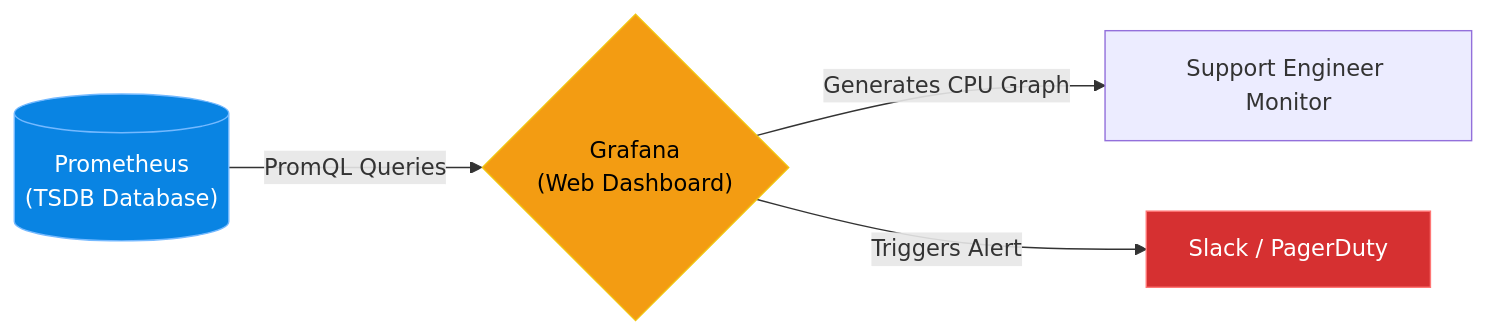
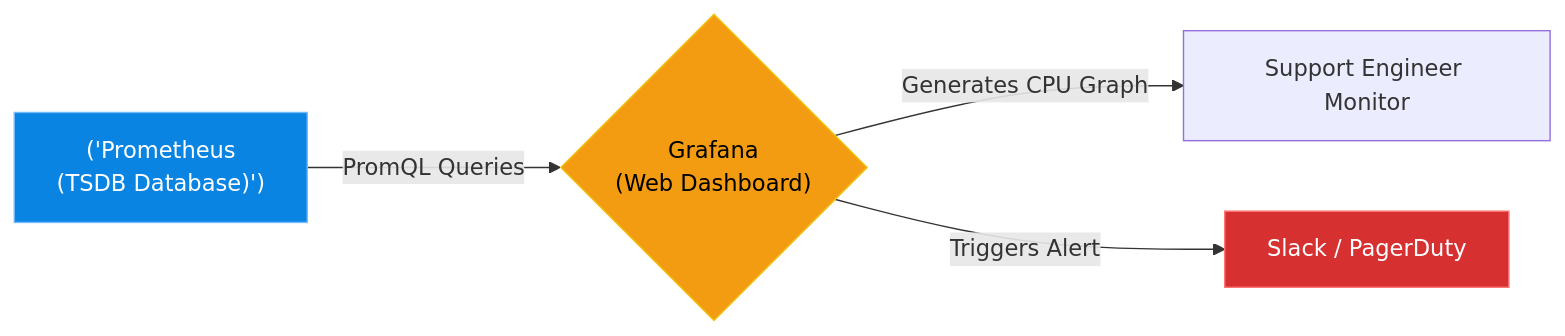
Before and after one commit to laxya911/linux-support-engineer-master-handbook: the diagram in volumes/volume-03-enterprise-linux-services/chapters/V3-C19-visualization-grafana.md, drawn with Mermaid. The commit also changed 101 other files, not shown here.

Commit message:
Fix mermaid syntax across all chapters

````diff
--- a/volumes/volume-03-enterprise-linux-services/chapters/V3-C19-visualization-grafana.md
+++ b/volumes/volume-03-enterprise-linux-services/chapters/V3-C19-visualization-grafana.md
@@ -42,11 +42,11 @@
 ```mermaid
 flowchart LR
-    A[("Prometheus \n (TSDB Database)")] -->|PromQL Queries| B{"Grafana \n (Web Dashboard)"}
+    A["('Prometheus \n (TSDB Database)')"] -->|"PromQL Queries"| B{"Grafana \n (Web Dashboard)"}
     
-    B -->|Generates CPU Graph| C["Support Engineer Monitor"]
-    B -->|Triggers Alert| D["Slack / PagerDuty"]
+    B -->|"Generates CPU Graph"| C["Support Engineer Monitor"]
+    B -->|"Triggers Alert"| D["Slack / PagerDuty"]
     
     style A fill:#0984e3,stroke:#74b9ff,color:#fff
     style B fill:#f39c12,stroke:#f1c40f,color:#000
     style D fill:#d63031,stroke:#ff7675,color:#fff
 ```
````
